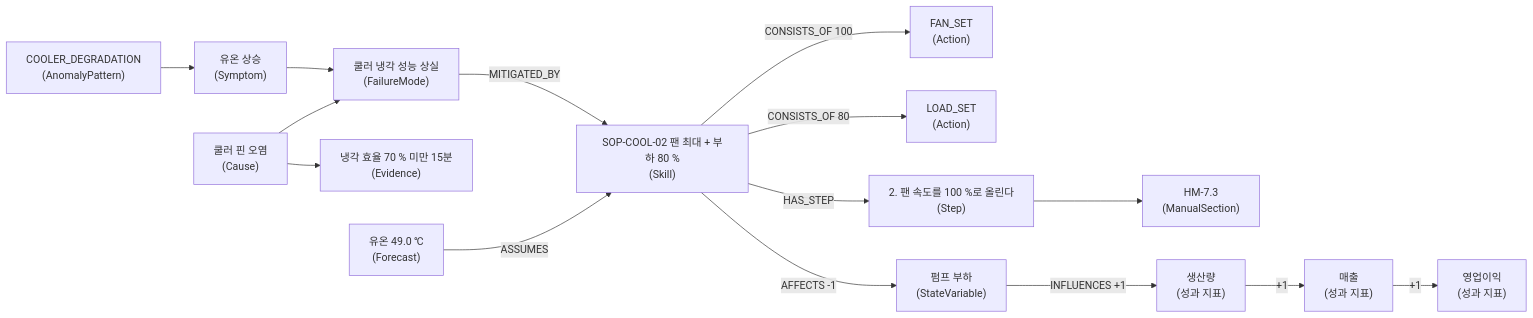
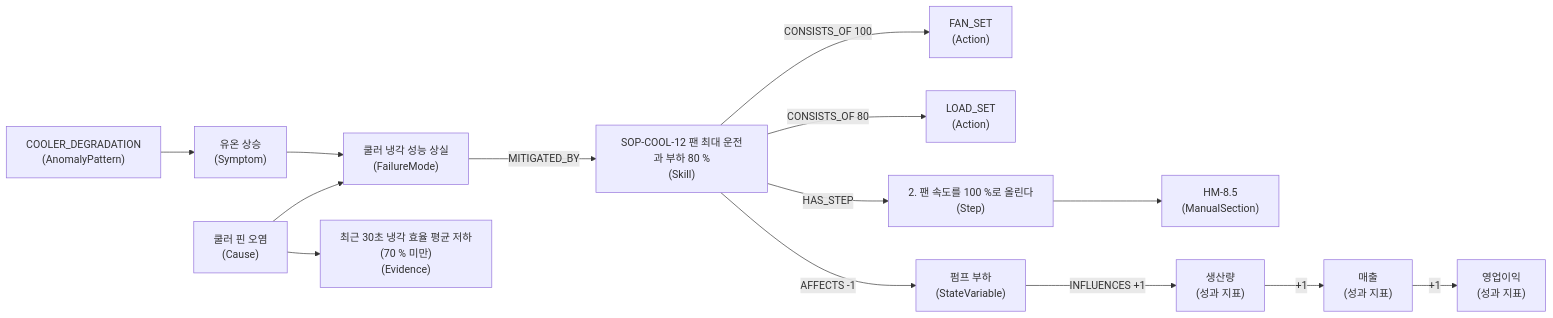
The second of 2 diagrams in workspace/개발/문서/ontology/schema-v2.md (uengine-oss/hyd-iot-edu), drawn with Mermaid before and after one commit. The commit also changed other lines of this file and 270 other files, not shown here.

````diff
--- a/workspace/개발/문서/ontology/schema-v2.md
+++ b/workspace/개발/문서/ontology/schema-v2.md
@@ -209,12 +203,11 @@
 ```mermaid
 flowchart LR
   ap["COOLER_DEGRADATION<br/>(AnomalyPattern)"] --> sym["유온 상승<br/>(Symptom)"] --> fm["쿨러 냉각 성능 상실<br/>(FailureMode)"]
   ca["쿨러 핀 오염<br/>(Cause)"] --> fm
-  ca --> ev["냉각 효율 70 % 미만 15분<br/>(Evidence)"]
-  fm -- MITIGATED_BY --> sk["SOP-COOL-02 팬 최대 + 부하 80 %<br/>(Skill)"]
+  ca --> ev["최근 30초 냉각 효율 평균 저하(70 % 미만)<br/>(Evidence)"]
+  fm -- MITIGATED_BY --> sk["SOP-COOL-12 팬 최대 운전과 부하 80 %<br/>(Skill)"]
   sk -- "CONSISTS_OF 100" --> a1["FAN_SET<br/>(Action)"]
   sk -- "CONSISTS_OF 80" --> a2["LOAD_SET<br/>(Action)"]
-  sk -- HAS_STEP --> st["2. 팬 속도를 100 %로 올린다<br/>(Step)"] --> hm["HM-7.3<br/>(ManualSection)"]
-  fc["유온 49.0 ℃<br/>(Forecast)"] -- ASSUMES --> sk
+  sk -- HAS_STEP --> st["2. 팬 속도를 100 %로 올린다<br/>(Step)"] --> hm["HM-8.5<br/>(ManualSection)"]
   sk -- "AFFECTS -1" --> ld["펌프 부하<br/>(StateVariable)"] -- "INFLUENCES +1" --> tp["생산량<br/>(성과 지표)"] -- "+1" --> rv["매출<br/>(성과 지표)"] -- "+1" --> op["영업이익<br/>(성과 지표)"]
 ```
````
